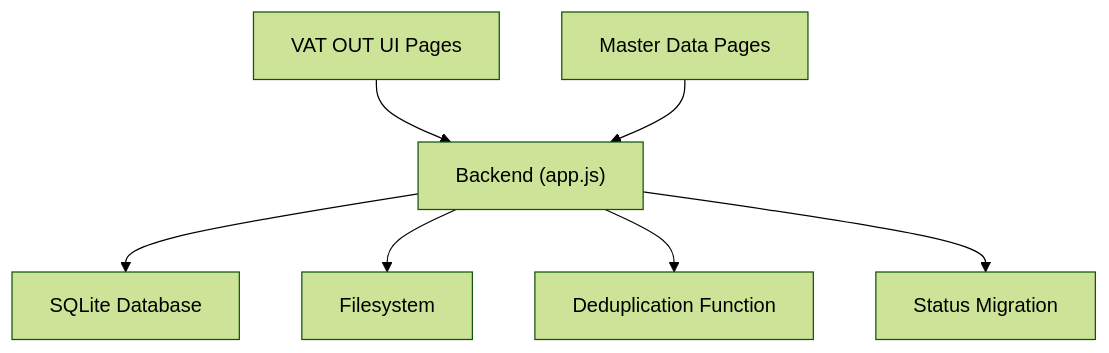
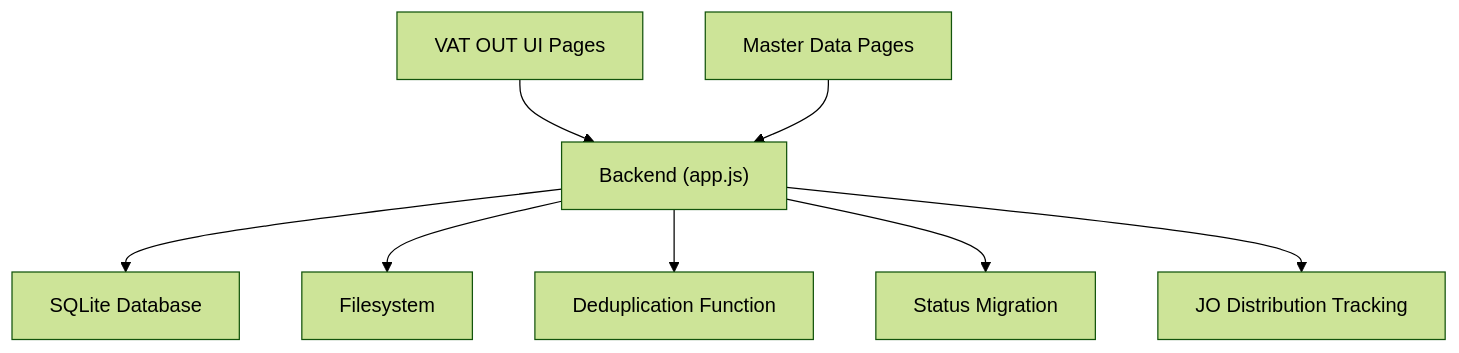
Before and after one commit to rendisiagian/TDS_by_RENDISIAGIAN: the tenth of 10 diagrams in .qoder/repowiki/en/content/VAT Management System/VAT Output (VAT OUT).md, drawn with Mermaid (forest theme). The commit also changed other lines of this file and 91 other files, not shown here.

````diff
--- a/.qoder/repowiki/en/content/VAT Management System/VAT Output (VAT OUT).md
+++ b/.qoder/repowiki/en/content/VAT Management System/VAT Output (VAT OUT).md
@@ -376,16 +458,18 @@
 ```mermaid
 graph TB
 UI["VAT OUT UI Pages"]
 BACK["Backend (app.js)"]
 DB["SQLite Database"]
 FS["Filesystem"]
 MASTER["Master Data Pages"]
 DEDUP["Deduplication Function"]
 MIGRATION["Status Migration"]
+JO_TRACK["JO Distribution Tracking"]
 UI --> BACK
 BACK --> DB
 BACK --> FS
 BACK --> DEDUP
 BACK --> MIGRATION
+BACK --> JO_TRACK
 MASTER --> BACK
 ```
````
